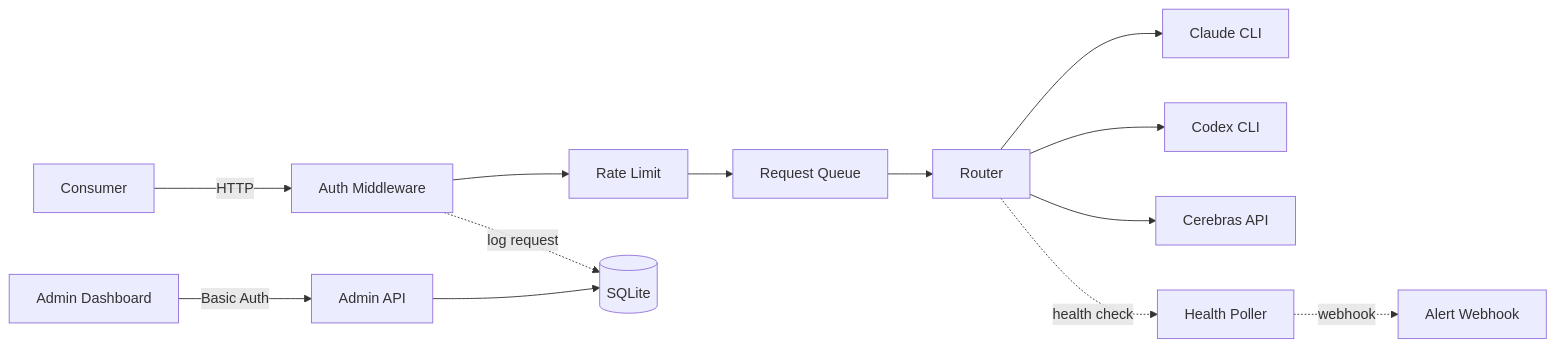
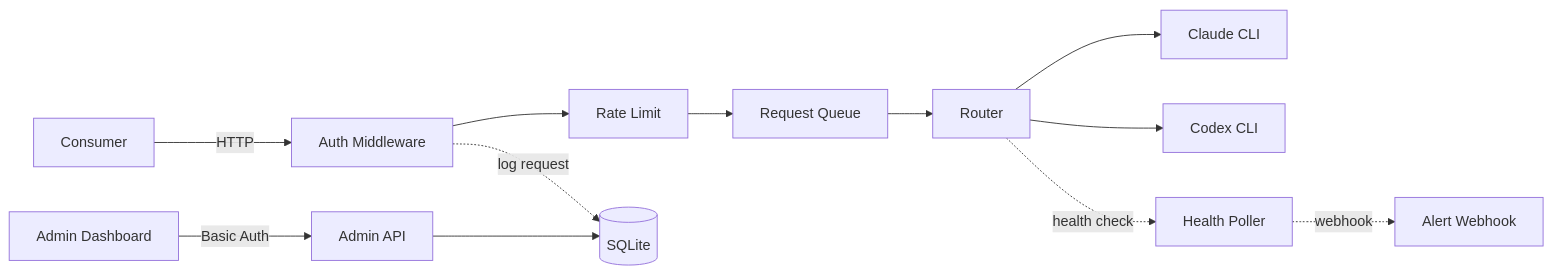
One commit to rodacato/SheLLM changed the diagram in README.md. Above: the diagram before and after it, drawn with Mermaid. The commit also changed other lines of this file and 16 other files, not shown here.

````diff
--- a/README.md
+++ b/README.md
@@ -193,16 +192,15 @@
 ```mermaid
 graph LR
     Consumer -->|HTTP| Auth[Auth Middleware]
     Auth --> RateLimit[Rate Limit]
     RateLimit --> Queue[Request Queue]
     Queue --> Router
     Router --> Claude[Claude CLI]
     Router --> Codex[Codex CLI]
-    Router --> Cerebras[Cerebras API]
     Router -.->|health check| Health[Health Poller]
 
     Admin[Admin Dashboard] -->|Basic Auth| AdminAPI[Admin API]
     AdminAPI --> SQLite[(SQLite)]
     Auth -.->|log request| SQLite
     Health -.->|webhook| Alert[Alert Webhook]
 ```
````
